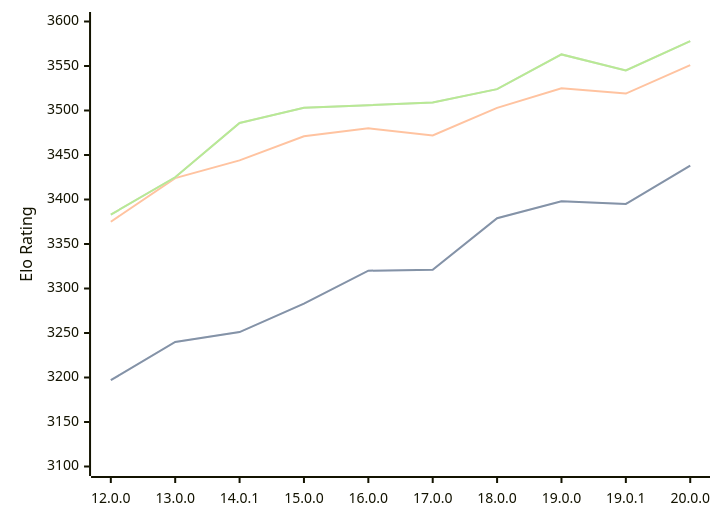
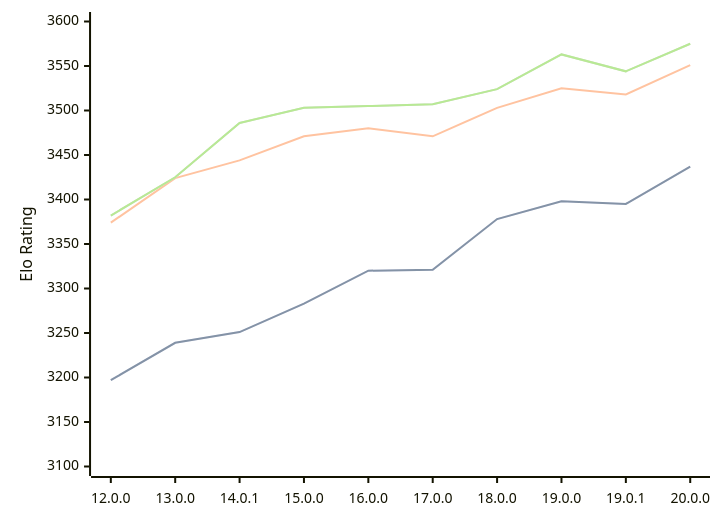
Before and after one commit to computer-chess-index/cci: the diagram in engines/Viridithas.md, drawn with Mermaid. The commit also changed other lines of this file, not shown here.

Commit message:
Update CCI Ratings (ELO VLTC) - 2026-08-02

````diff
--- a/engines/Viridithas.md
+++ b/engines/Viridithas.md
@@ -64,11 +64,11 @@
 ```mermaid
 %%{init: {"theme":"base","themeVariables":{"seriesColors:['#a3a3a3','#222221','#faa371']}}}%%
 xychart-beta
   x-axis ["12.0.0", "13.0.0", "14.0.1", "15.0.0", "16.0.0", "17.0.0", "18.0.0", "19.0.0", "19.0.1", "20.0.0"]
   y-axis "Elo Rating" 3100 --> 3600
-  line "STC (8.0+0.08s)" [3197, 3240, 3251, 3283, 3320, 3321, 3379, 3398, 3395, 3438]
-  line "STC (8.0+0.08s)" [3197, 3240, 3251, 3283, 3320, 3321, 3379, 3398, 3395, 3438]
-  line "LTC (60.0+0.60s)" [3375, 3424, 3444, 3471, 3480, 3472, 3503, 3525, 3519, 3551]
-  line "VLTC (2m24s+1.12s)" [3383, 3425, 3486, 3503, 3506, 3509, 3524, 3563, 3545, 3578]
-  line "VLTC (2m24s+1.12s)" [3383, 3425, 3486, 3503, 3506, 3509, 3524, 3563, 3545, 3578]
+  line "STC (8.0+0.08s)" [3197, 3239, 3251, 3283, 3320, 3321, 3378, 3398, 3395, 3437]
+  line "STC (8.0+0.08s)" [3197, 3239, 3251, 3283, 3320, 3321, 3378, 3398, 3395, 3437]
+  line "LTC (60.0+0.60s)" [3374, 3424, 3444, 3471, 3480, 3471, 3503, 3525, 3518, 3551]
+  line "VLTC (2m24s+1.12s)" [3382, 3425, 3486, 3503, 3505, 3507, 3524, 3563, 3544, 3575]
+  line "VLTC (2m24s+1.12s)" [3382, 3425, 3486, 3503, 3505, 3507, 3524, 3563, 3544, 3575]
 ```
````
